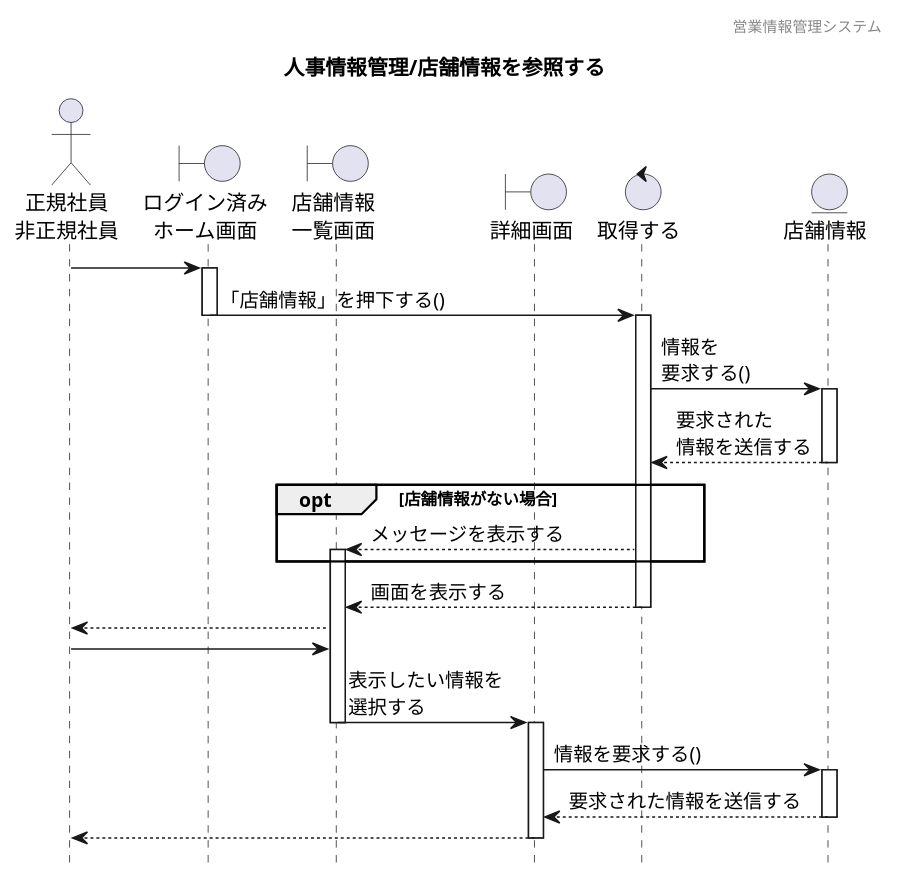
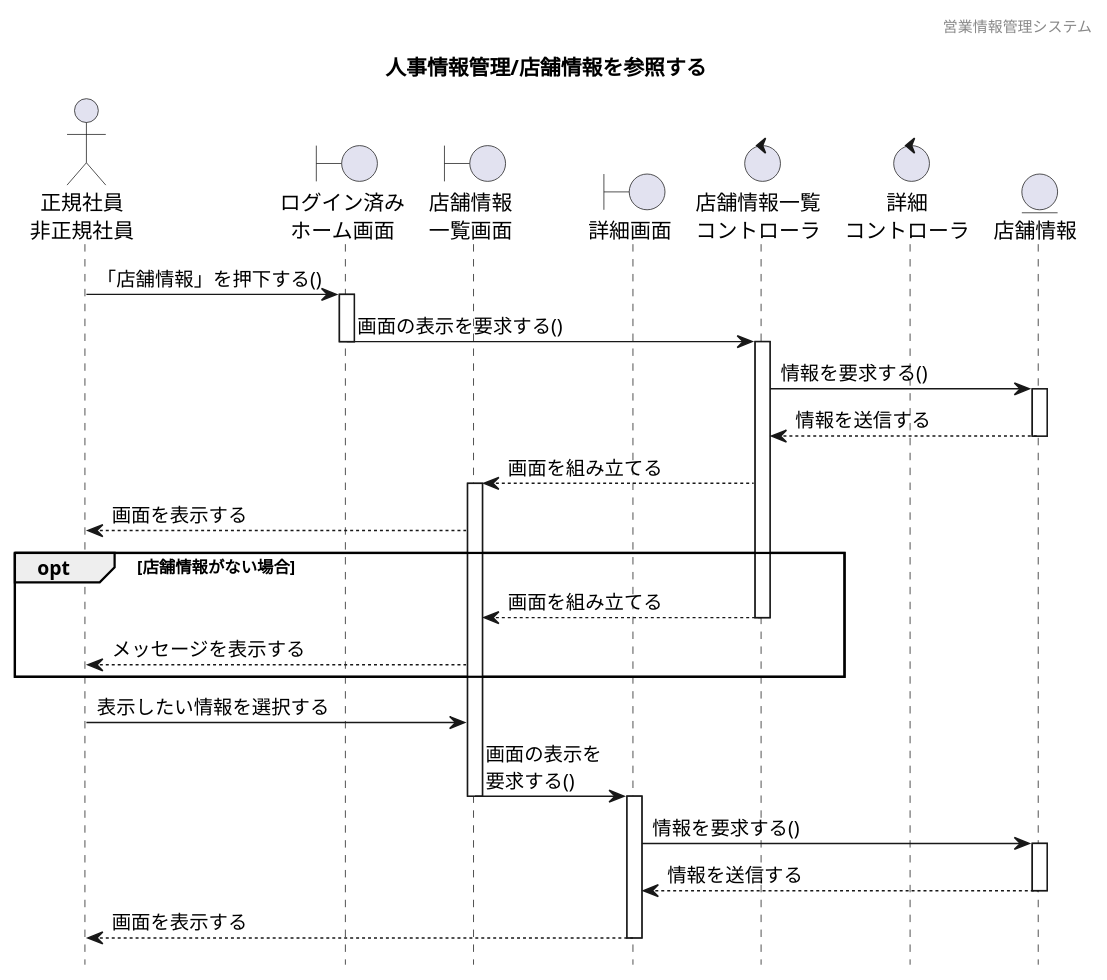
One commit to HaruShim/Sotuken changed the diagram in 各種設計書/4シーケンス図/人事情報管理/2.店舗情報参照/店舗情報参照.plantuml. Above: the diagram before and after it, drawn with PlantUML. The commit also changed 1 other file, not shown here.

```diff
--- a/各種設計書/4シーケンス図/人事情報管理/2.店舗情報参照/店舗情報参照.plantuml
+++ b/各種設計書/4シーケンス図/人事情報管理/2.店舗情報参照/店舗情報参照.plantuml
@@ -1,52 +1,54 @@
 @startuml ../../images/店舗情報参照/店舗情報参照
 
 hide footbox
 header 営業情報管理システム
 title 人事情報管理/店舗情報を参照する
 
 
 ' actor "" as 
 actor "正規社員\n非正規社員" as a1
 
 ' boundary "" as 
 boundary "ログイン済み\nホーム画面" as b1
 boundary "店舗情報\n一覧画面" as b2
 boundary "詳細画面" as b3
 
 ' control "" as 
-control "取得する" as c1
+control "店舗情報一覧\nコントローラ" as c1
+control "詳細\nコントローラ" as c2
 
 ' entity "" as
 entity "店舗情報" as e1
 
 
-a1 -> b1
+a1 -> b1 :「店舗情報」を押下する()
 activate b1
-b1 -> c1 : 「店舗情報」を押下する()
+b1 -> c1 : 画面の表示を要求する()
+deactivate b1
+activate c1
+c1 -> e1 : 情報を要求する() 
+activate e1
+e1 --> c1 : 情報を送信する
 deactivate
-activate c1
-c1 -> e1 : 情報を\n要求する() 
-activate e1
-e1 --> c1 : 要求された\n情報を送信する
-deactivate
+c1 --> b2 : 画面を組み立てる
+activate b2
+b2 --> a1 : 画面を表示する
 opt 店舗情報がない場合
-b2 <-- c1 : メッセージを表示する
-activate b2
+c1 --> b2 : 画面を組み立てる 
+deactivate c1
+b2 --> a1 : メッセージを表示する
 end
-b2 <-- c1 : 画面を表示する
-deactivate c1
-a1 <-- b2
-a1 -> b2
-b2 -> b3 : 表示したい情報を\n選択する
+a1 -> b2 : 表示したい情報を選択する
+b2 -> b3 : 画面の表示を\n要求する()
 deactivate b2
 activate b3
 b3 -> e1 : 情報を要求する() 
 activate e1
-e1 --> b3 : 要求された情報を送信する
+e1 --> b3 : 情報を送信する
 deactivate e1
-a1 <-- b3
+a1 <-- b3 : 画面を表示する
 deactivate
 
 
 
 @enduml
```
